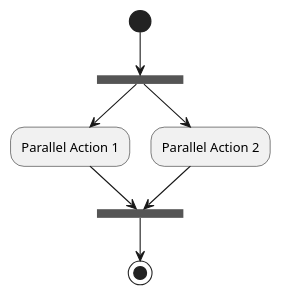
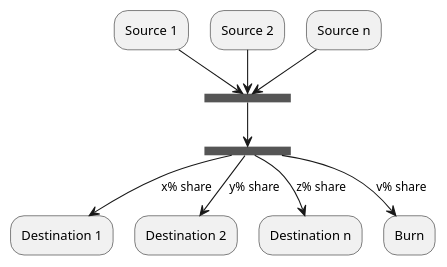
The diagram in docs/modules/cfedistributor/subdistributor.puml (chain4energy/c4e-chain), drawn with PlantUML before and after one commit. The commit also changed 1 other file, not shown here.

```diff
--- a/docs/modules/cfedistributor/subdistributor.puml
+++ b/docs/modules/cfedistributor/subdistributor.puml
@@ -1,10 +1,12 @@
 @startuml
-(*) --> ===B1===
---> "Parallel Action 1"
---> ===B2===
+"Source 1" --> ===B1===
+"Source 2" --> ===B1===
+"Source n" --> ===B1===
 
-===B1=== --> "Parallel Action 2"
---> ===B2===
+===B1=== --> ===B2===
 
---> (*)
+===B2=== -->[x% share] "Destination 1"
+===B2=== -->[y% share]  "Destination 2"
+===B2=== -->[z% share]  "Destination n"
+===B2=== -->[v% share]  "Burn"
 @enduml
```
